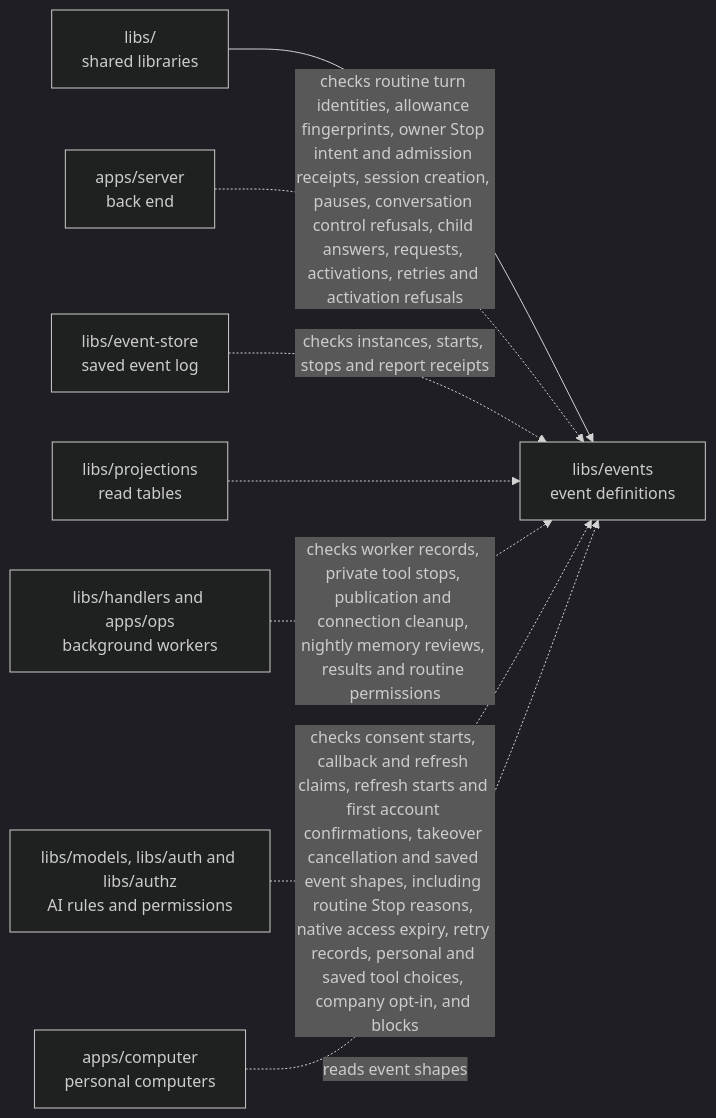
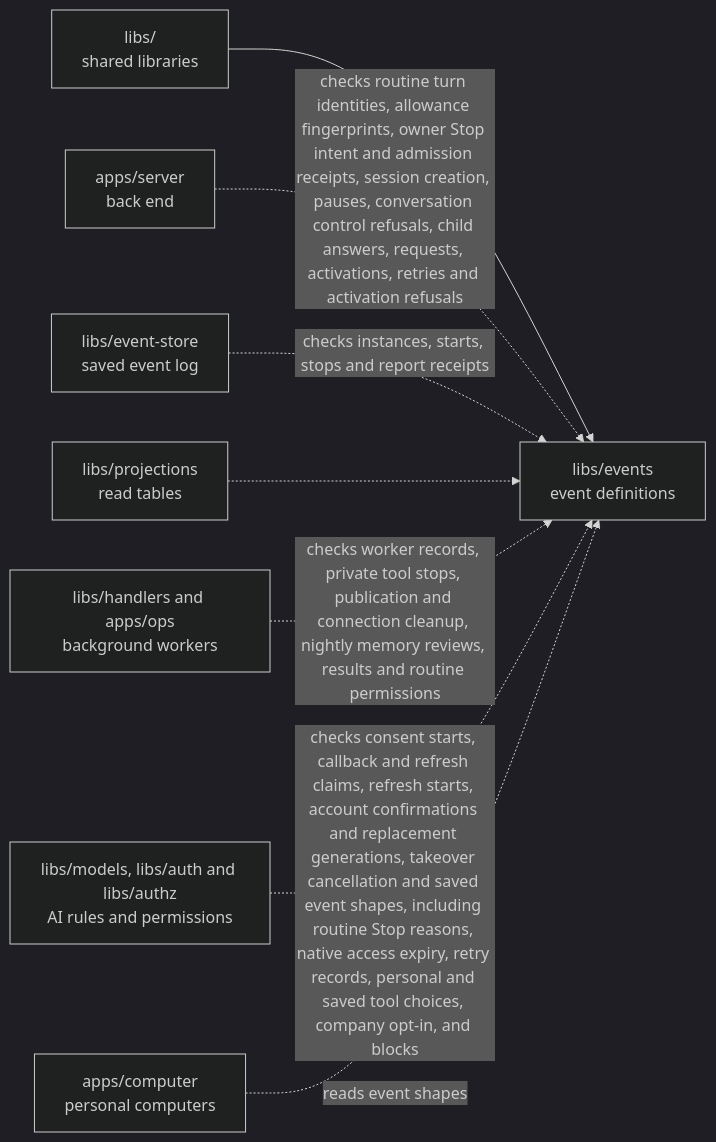
One commit to elewa-git/opencrane-new changed the diagram in libs/events/README.md. Above: the diagram before and after it, drawn with Mermaid (dark theme). The commit also changed other lines of this file and 12 other files, not shown here.

First line of the commit message:
🔑 The next OAuth account generation is saved once and the old refresh token is always retired, even after member removal (#786)

````diff
--- a/libs/events/README.md
+++ b/libs/events/README.md
@@ -36,10 +36,10 @@
 ```mermaid
 flowchart LR
   parent["libs/<br/>shared libraries"] --> events["libs/events<br/>event definitions"]
   server["apps/server<br/>back end"] -.->|checks routine turn identities, allowance fingerprints, owner Stop intent and admission receipts, session creation, pauses, conversation control refusals, child answers, requests, activations, retries and activation refusals| events
   store["libs/event-store<br/>saved event log"] -.->|checks instances, starts, stops and report receipts| events
   projections["libs/projections<br/>read tables"] -.-> events
   workers["libs/handlers and apps/ops<br/>background workers"] -.->|checks worker records, private tool stops, publication and connection cleanup, nightly memory reviews, results and routine permissions| events
-  models["libs/models, libs/auth and libs/authz<br/>AI rules and permissions"] -.->|checks consent starts, callback and refresh claims, refresh starts and first account confirmations, takeover cancellation and saved event shapes, including routine Stop reasons, native access expiry, retry records, personal and saved tool choices, company opt-in, and blocks| events
+  models["libs/models, libs/auth and libs/authz<br/>AI rules and permissions"] -.->|checks consent starts, callback and refresh claims, refresh starts, account confirmations and replacement generations, takeover cancellation and saved event shapes, including routine Stop reasons, native access expiry, retry records, personal and saved tool choices, company opt-in, and blocks| events
   computer["apps/computer<br/>personal computers"] -.->|reads event shapes| events
 ```
````
